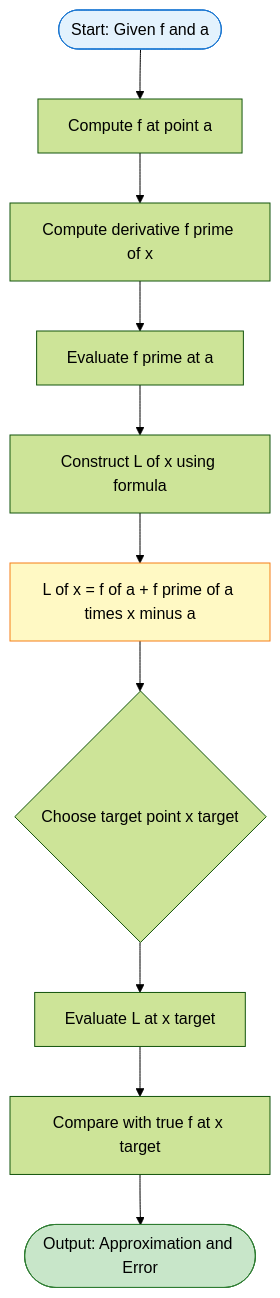
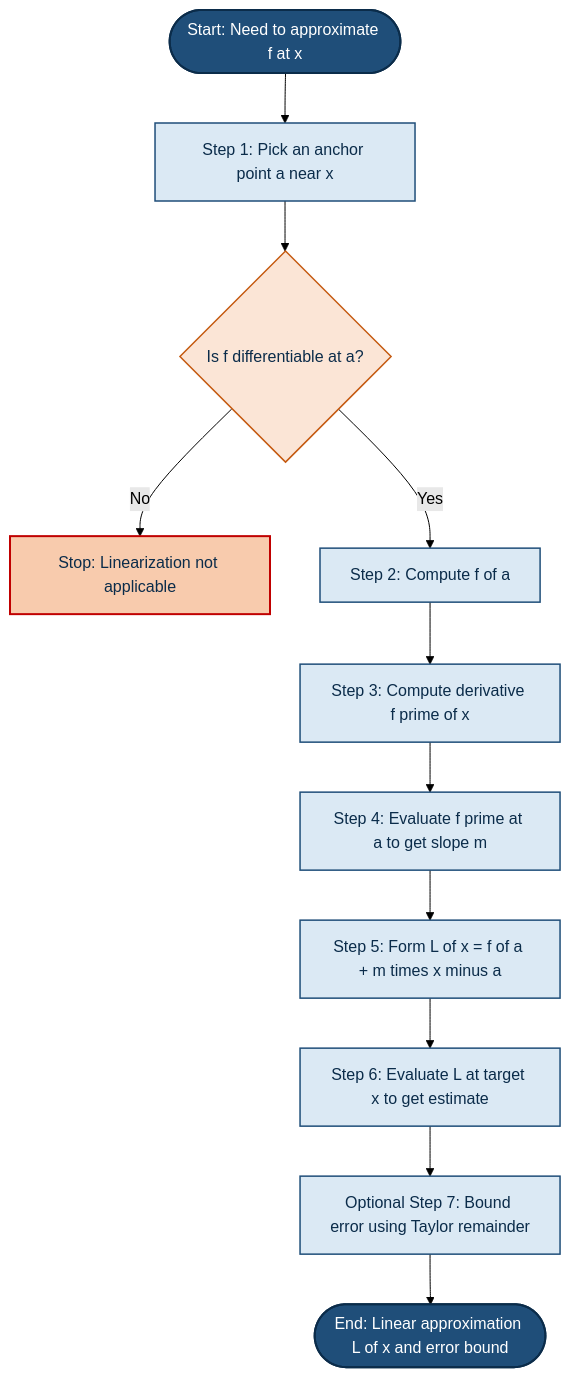
The first of 3 diagrams in public/notes/computer-science-and-engineering/semester-1/gamat101-mathematics-for-information-science-1/01-module-1-limits-of-function-values/linearization/notes.md (vishnuu-kr/ktunode), drawn with Mermaid (forest theme) before and after one commit. The commit also changed other lines of this file and 4829 other files, not shown here.

````diff
--- a/public/notes/computer-science-and-engineering/semester-1/gamat101-mathematics-for-information-science-1/01-module-1-limits-of-function-values/linearization/notes.md
+++ b/public/notes/computer-science-and-engineering/semester-1/gamat101-mathematics-for-information-science-1/01-module-1-limits-of-function-values/linearization/notes.md
@@ -348,15 +350,23 @@
 ```mermaid
 flowchart TD
-    A([Start: Given f and a]) --> B[Compute f at point a]
-    B --> C[Compute derivative f prime of x]
-    C --> D[Evaluate f prime at a]
-    D --> E[Construct L of x using formula]
-    E --> F[L of x = f of a + f prime of a times x minus a]
-    F --> G{Choose target point x target}
-    G --> H[Evaluate L at x target]
-    H --> I[Compare with true f at x target]
-    I --> J([Output: Approximation and Error])
-    style A fill:#e3f2fd,stroke:#1976d2,color:#000
-    style J fill:#c8e6c9,stroke:#2e7d32,color:#000
-    style F fill:#fff9c4,stroke:#f57f17,color:#000
+    startA([Start: Need to approximate f at x]) --> stepB[Step 1: Pick an anchor point a near x]
+    stepB --> stepC{Is f differentiable at a?}
+    stepC -- No --> stopNo[Stop: Linearization not applicable]
+    stepC -- Yes --> stepD[Step 2: Compute f of a]
+    stepD --> stepE[Step 3: Compute derivative f prime of x]
+    stepE --> stepF[Step 4: Evaluate f prime at a to get slope m]
+    stepF --> stepG[Step 5: Form L of x = f of a + m times x minus a]
+    stepG --> stepH[Step 6: Evaluate L at target x to get estimate]
+    stepH --> stepI[Optional Step 7: Bound error using Taylor remainder]
+    stepI --> endA([End: Linear approximation L of x and error bound])
+
+    classDef startEnd fill:#1f4e79,stroke:#0b2c4a,stroke-width:2px,color:#ffffff
+    classDef process fill:#dbe9f4,stroke:#1f4e79,stroke-width:1.5px,color:#0b2c4a
+    classDef decision fill:#fbe5d6,stroke:#c55a11,stroke-width:1.5px,color:#0b2c4a
+    classDef error fill:#f8cbad,stroke:#c00000,stroke-width:2px,color:#0b2c4a
+
+    class startA,endA startEnd
+    class stepB,stepD,stepE,stepF,stepG,stepH,stepI process
+    class stepC decision
+    class stopNo error
 ```
````
